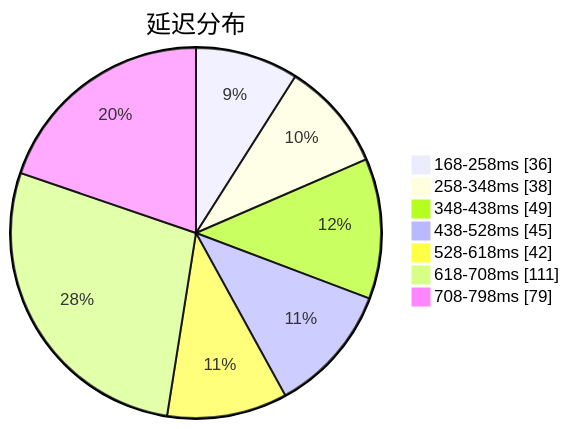
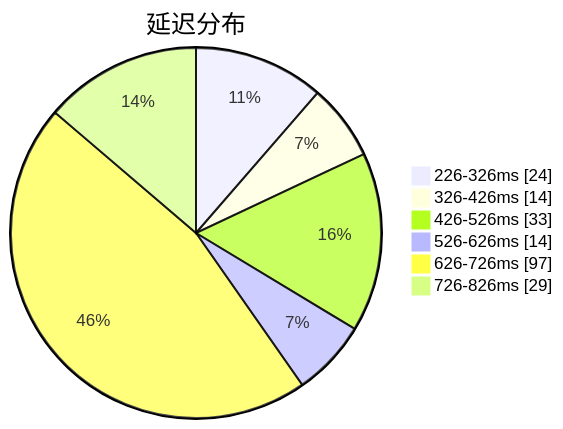
Before and after one commit to qjlxg/airport: the first of 3 diagrams in subs/statistics/tested_within.md, drawn with Mermaid. The commit also changed other lines of this file and 2 other files, not shown here.

````diff
--- a/subs/statistics/tested_within.md
+++ b/subs/statistics/tested_within.md
@@ -2,11 +2,10 @@
 ```mermaid
 pie showData
 title 延迟分布
-"168-258ms" : 36
-"258-348ms" : 38
-"348-438ms" : 49
-"438-528ms" : 45
-"528-618ms" : 42
-"618-708ms" : 111
-"708-798ms" : 79
+"226-326ms" : 24
+"326-426ms" : 14
+"426-526ms" : 33
+"526-626ms" : 14
+"626-726ms" : 97
+"726-826ms" : 29
 ```
````
